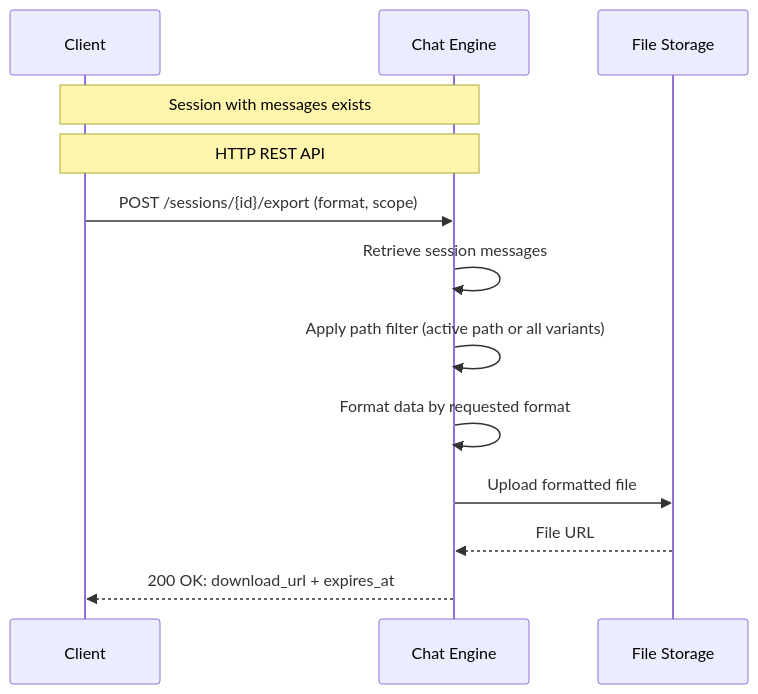
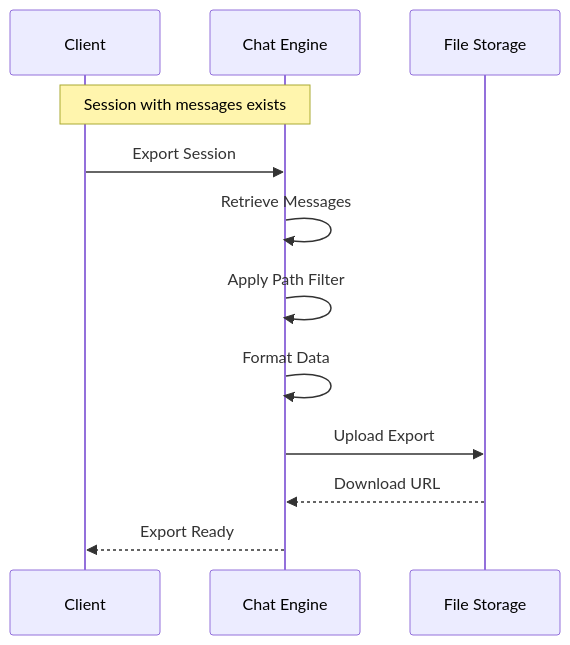
Before and after one commit to hypernetix/hyperspot: the ninth of 16 diagrams in modules/chat_engine/DESIGN.md, drawn with Mermaid. The commit also changed other lines of this file and 25 other files, not shown here.

````diff
--- a/modules/chat_engine/DESIGN.md
+++ b/modules/chat_engine/DESIGN.md
@@ -688,17 +646,16 @@
 ```mermaid
 sequenceDiagram
     participant Client
     participant Chat Engine
     participant File Storage
 
     Note over Client,Chat Engine: Session with messages exists
 
-    Note over Client,Chat Engine: HTTP REST API
-    Client->>Chat Engine: POST /sessions/{id}/export (format, scope)
-    Chat Engine->>Chat Engine: Retrieve session messages
-    Chat Engine->>Chat Engine: Apply path filter (active path or all variants)
-    Chat Engine->>Chat Engine: Format data by requested format
-    Chat Engine->>File Storage: Upload formatted file
-    File Storage-->>Chat Engine: File URL
-    Chat Engine-->>Client: 200 OK: download_url + expires_at
+    Client->>Chat Engine: Export Session
+    Chat Engine->>Chat Engine: Retrieve Messages
+    Chat Engine->>Chat Engine: Apply Path Filter
+    Chat Engine->>Chat Engine: Format Data
+    Chat Engine->>File Storage: Upload Export
+    File Storage-->>Chat Engine: Download URL
+    Chat Engine-->>Client: Export Ready
 ```
````
